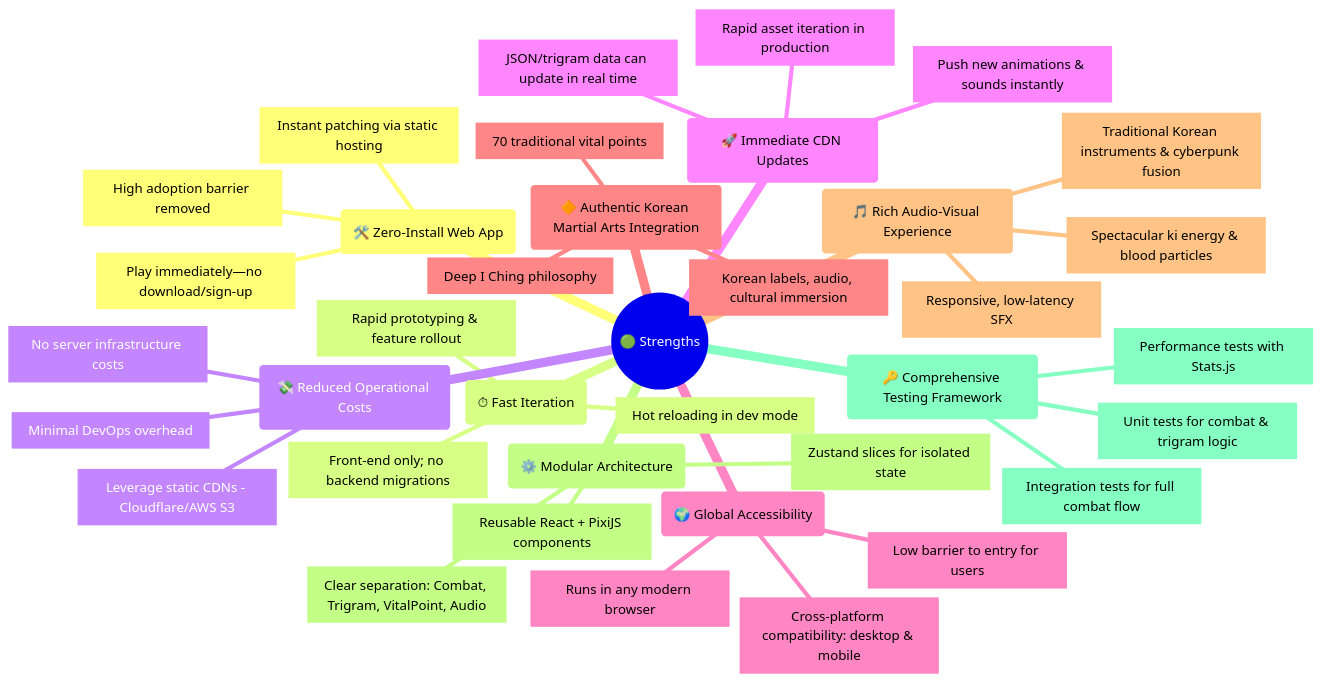
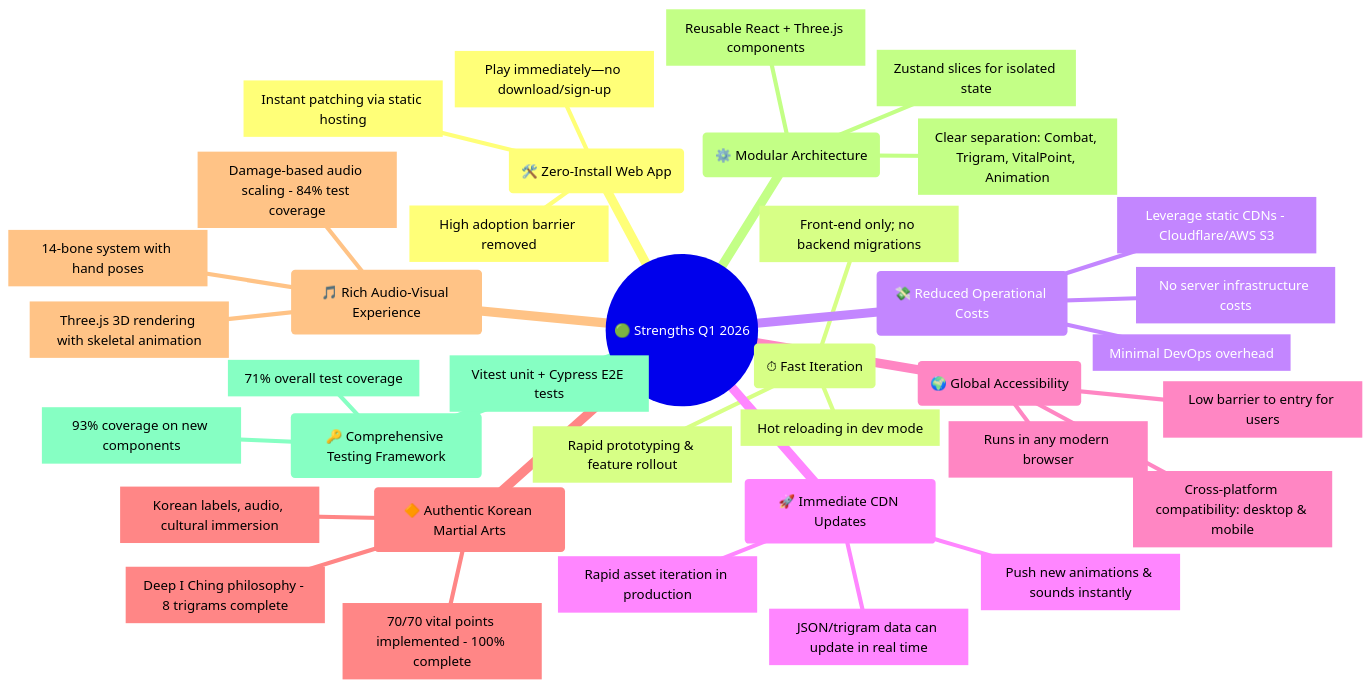
One commit to Hack23/blacktrigram changed the eighth of 21 diagrams in ARCHITECTURE.md. Above: the diagram before and after it, drawn with Mermaid. The commit also changed other lines of this file, not shown here.

Commit message:
docs: Add Skeletal Animation Architecture and update SWOT Analysis for Q1 2026

````diff
--- a/ARCHITECTURE.md
+++ b/ARCHITECTURE.md
@@ -1151,40 +1249,40 @@
 ```mermaid
 mindmap
-  root((🟢 Strengths))
+  root((🟢 Strengths Q1 2026))
     id1(🛠️ Zero-Install Web App)
       id1.1[Play immediately—no download/sign-up]
       id1.2[Instant patching via static hosting]
       id1.3[High adoption barrier removed]
     id2(⏱ Fast Iteration)
       id2.1[Front-end only; no backend migrations]
       id2.2[Rapid prototyping & feature rollout]
       id2.3[Hot reloading in dev mode]
     id3(💸 Reduced Operational Costs)
       id3.1[No server infrastructure costs]
       id3.2[Leverage static CDNs - Cloudflare/AWS S3]
       id3.3[Minimal DevOps overhead]
     id4(🚀 Immediate CDN Updates)
       id4.1[Push new animations & sounds instantly]
       id4.2[JSON/trigram data can update in real time]
       id4.3[Rapid asset iteration in production]
     id5(🌍 Global Accessibility)
       id5.1[Runs in any modern browser]
       id5.2[Cross-platform compatibility: desktop & mobile]
       id5.3[Low barrier to entry for users]
-    id6(🔶 Authentic Korean Martial Arts Integration)
-      id6.1[Deep I Ching philosophy]
-      id6.2[70 traditional vital points]
+    id6(🔶 Authentic Korean Martial Arts)
+      id6.1[Deep I Ching philosophy - 8 trigrams complete]
+      id6.2[70/70 vital points implemented - 100% complete]
       id6.3[Korean labels, audio, cultural immersion]
     id7(🎵 Rich Audio-Visual Experience)
-      id7.1[Traditional Korean instruments & cyberpunk fusion]
-      id7.2[Spectacular ki energy & blood particles]
-      id7.3[Responsive, low-latency SFX]
+      id7.1[Three.js 3D rendering with skeletal animation]
+      id7.2[14-bone system with hand poses]
+      id7.3[Damage-based audio scaling - 84% test coverage]
     id8(⚙️ Modular Architecture)
-      id8.1[Clear separation: Combat, Trigram, VitalPoint, Audio]
-      id8.2[Reusable React + PixiJS components]
+      id8.1[Clear separation: Combat, Trigram, VitalPoint, Animation]
+      id8.2[Reusable React + Three.js components]
       id8.3[Zustand slices for isolated state]
     id9(🔑 Comprehensive Testing Framework)
-      id9.1[Unit tests for combat & trigram logic]
-      id9.2[Integration tests for full combat flow]
-      id9.3[Performance tests with Stats.js]
+      id9.1[71% overall test coverage]
+      id9.2[93% coverage on new components]
+      id9.3[Vitest unit + Cypress E2E tests]
 ```
````
